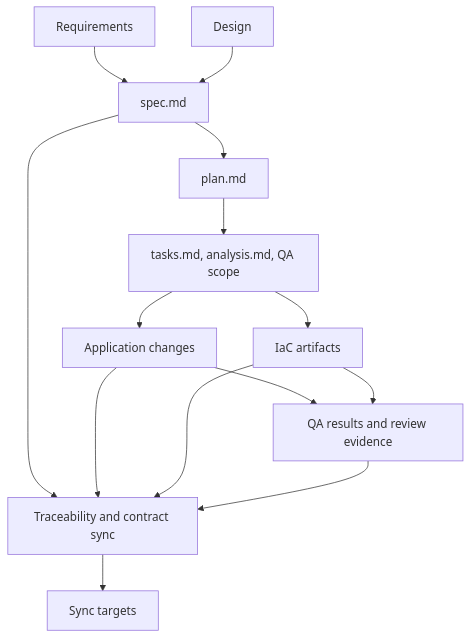
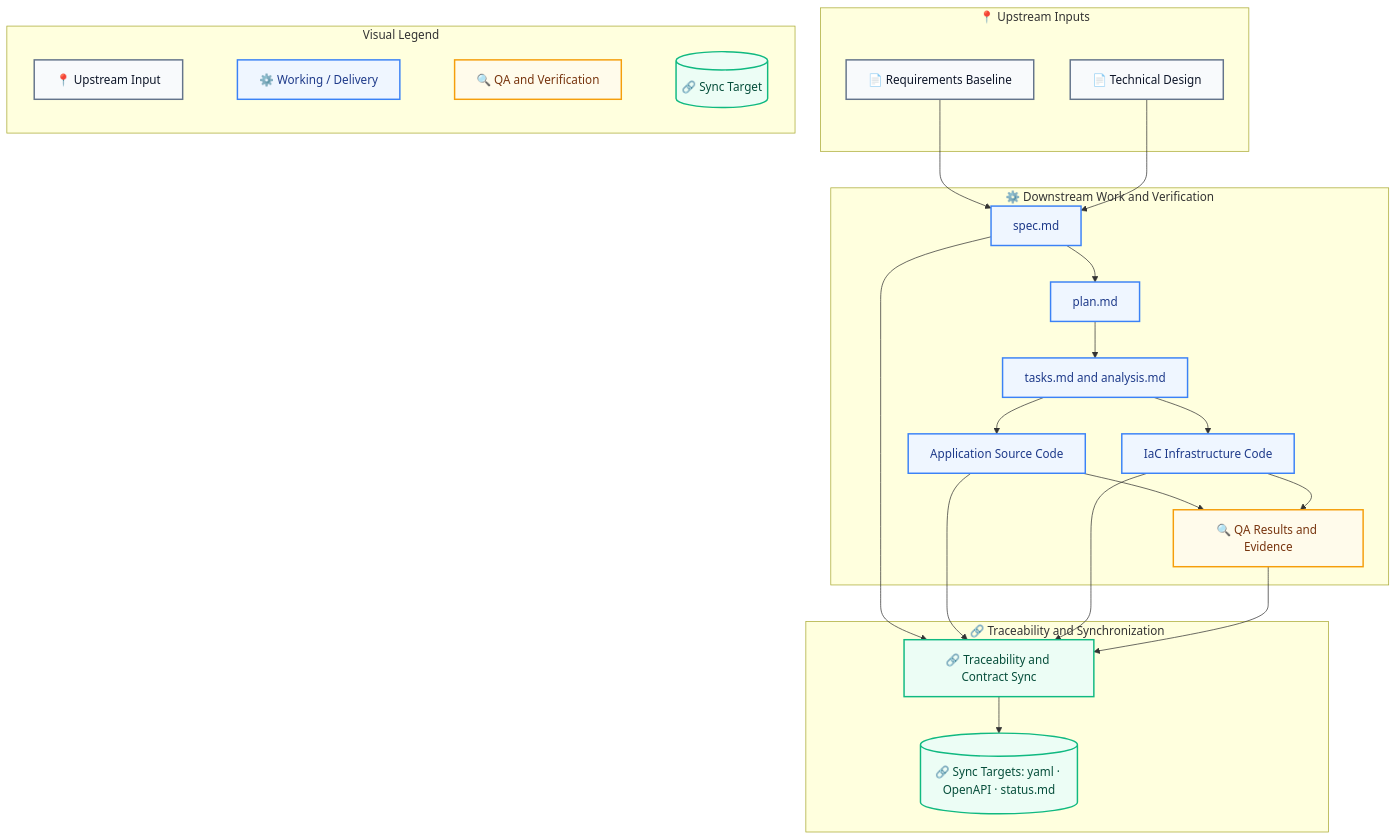
One commit to d-dragon/dp-stock-investment-assistant changed the fourth of 4 diagrams in docs/spec-driven development (SDD)/spec-kit HOW-TO.md. Above: the diagram before and after it, drawn with Mermaid. The commit also changed other lines of this file and 28 other files, not shown here.

````diff
--- a/docs/spec-driven development (SDD)/spec-kit HOW-TO.md
+++ b/docs/spec-driven development (SDD)/spec-kit HOW-TO.md
@@ -378,16 +525,52 @@
 ```mermaid
 flowchart TB
-  RQ[Requirements] --> GS[spec.md]
-  DS[Design] --> GS
-  GS --> GP[plan.md]
-  GP --> GT[tasks.md, analysis.md, QA scope]
-  GT --> CODE[Application changes]
-  GT --> IAC[IaC artifacts]
-  CODE --> QA[QA results and review evidence]
-  IAC --> QA
-  GS --> SYNC[Traceability and contract sync]
+  %% Inputs
+  subgraph Inputs ["📍 Upstream Inputs"]
+    RQ["📄 Requirements Baseline"]
+    DS["📄 Technical Design"]
+  end
+
+  %% Working Artifacts
+  subgraph WorkingArea ["⚙️ Downstream Work and Verification"]
+    GS["spec.md"] --> GP["plan.md"]
+    GP --> GT["tasks.md and analysis.md"]
+    GT --> CODE["Application Source Code"]
+    GT --> IAC["IaC Infrastructure Code"]
+    CODE --> QA["🔍 QA Results and Evidence"]
+    IAC --> QA
+  end
+
+  %% Mapping
+  RQ --> GS
+  DS --> GS
+
+  %% Synchronization
+  subgraph SyncArea ["🔗 Traceability and Synchronization"]
+    SYNC["🔗 Traceability and Contract Sync"]
+    SYN1[("🔗 Sync Targets: yaml · OpenAPI · status.md")]
+  end
+
+  GS --> SYNC
   CODE --> SYNC
   IAC --> SYNC
   QA --> SYNC
-  SYNC --> SYN1[Sync targets]
+  SYNC --> SYN1
+
+  %% Legend
+  subgraph Legend ["Visual Legend"]
+    direction LR
+    L_Input["📍 Upstream Input"] ~~~ L_Work["⚙️ Working / Delivery"]
+    L_Work ~~~ L_QA["🔍 QA and Verification"] ~~~ L_Sync[("🔗 Sync Target")]
+  end
+
+  %% Styling
+  classDef input fill:#F8FAFC,stroke:#64748B,stroke-width:2px,color:#0F172A;
+  classDef work fill:#EFF6FF,stroke:#3B82F6,stroke-width:2px,color:#1E3A8A;
+  classDef gate fill:#FFFBEB,stroke:#F59E0B,stroke-width:2px,color:#78350F;
+  classDef sync fill:#ECFDF5,stroke:#10B981,stroke-width:2px,color:#064E3B;
+
+  class RQ,DS,L_Input input;
+  class GS,GP,GT,CODE,IAC,L_Work work;
+  class QA,L_QA gate;
+  class SYNC,SYN1,L_Sync sync;
 ```
````
